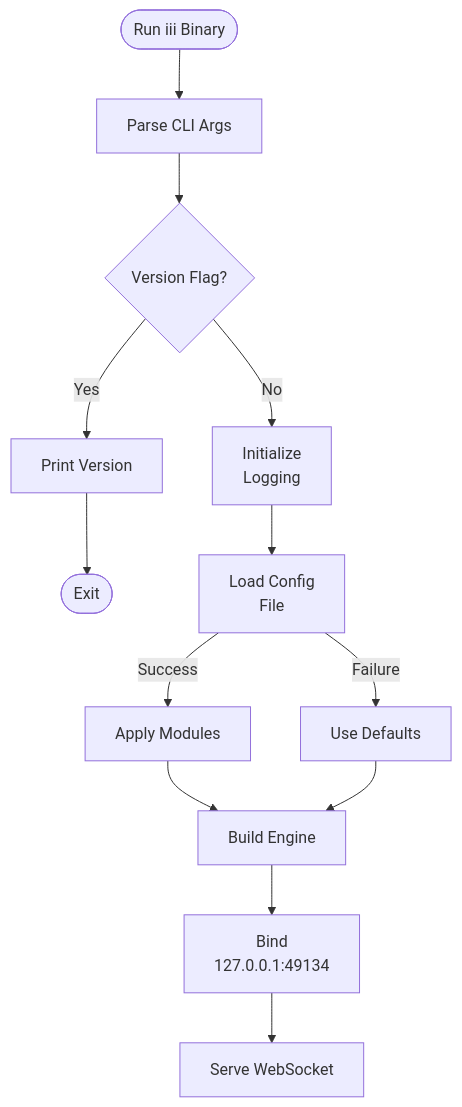
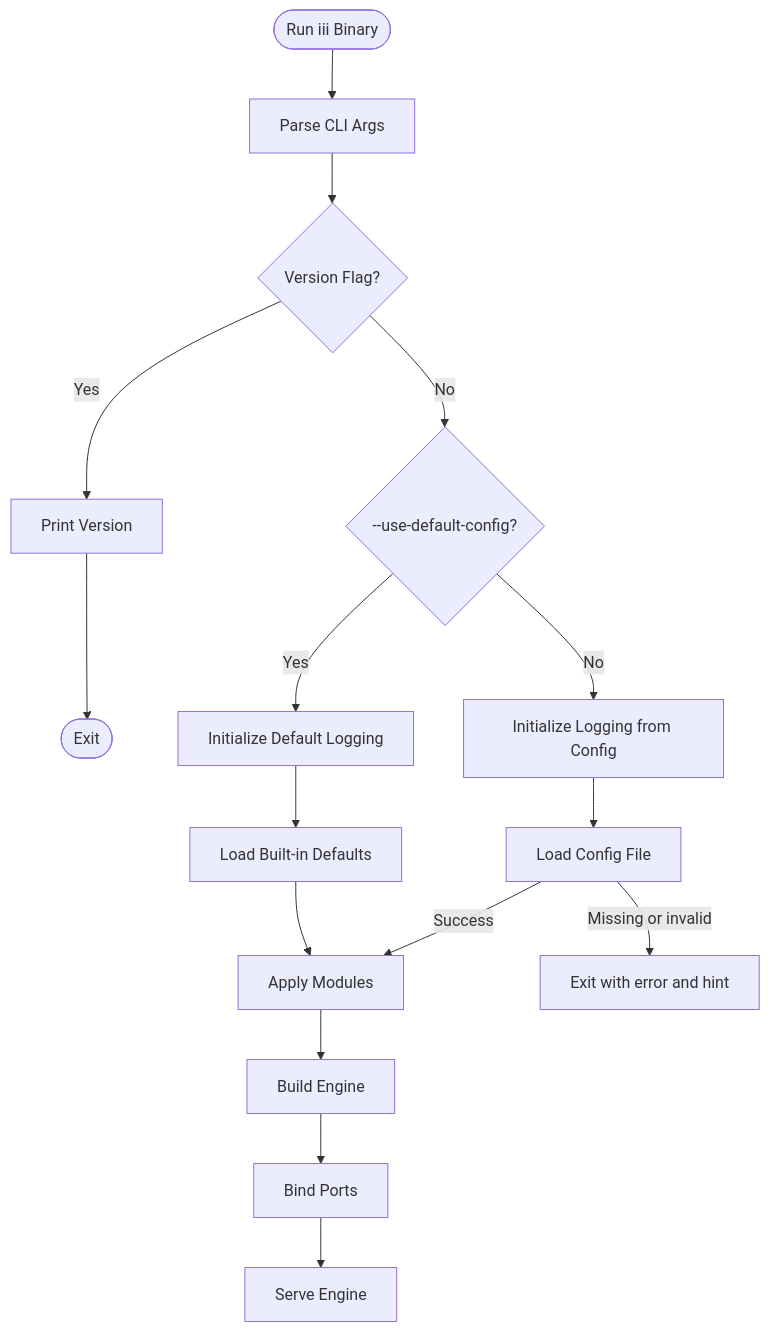
The first of 2 diagrams in docs/content/advanced/deployment.mdx (MotiaDev/motia), drawn with Mermaid before and after one commit. The commit also changed other lines of this file and 2 other files, not shown here.

````diff
--- a/docs/content/advanced/deployment.mdx
+++ b/docs/content/advanced/deployment.mdx
@@ -274,17 +274,19 @@
 ```mermaid
 graph TD
     Start([Run iii Binary]) --> Args[Parse CLI Args]
     Args --> CheckVer{Version Flag?}
     CheckVer -->|Yes| PrintVer[Print Version] --> Exit([Exit])
-    CheckVer -->|No| InitLog[Initialize<br/>Logging]
+    CheckVer -->|No| Mode{--use-default-config?}
 
-    InitLog --> LoadConfig[Load Config<br/>File]
+    Mode -->|Yes| InitDefaultLog[Initialize Default Logging]
+    InitDefaultLog --> LoadDefaults[Load Built-in Defaults]
+    Mode -->|No| InitConfigLog[Initialize Logging from Config]
+    InitConfigLog --> LoadConfig[Load Config File]
     LoadConfig -->|Success| ApplyConfig[Apply Modules]
-    LoadConfig -->|Failure| Fallback[Use Defaults]
+    LoadConfig -->|Missing or invalid| ExitErr[Exit with error and hint]
 
+    LoadDefaults --> ApplyConfig
     ApplyConfig --> BuildEngine[Build Engine]
-    Fallback --> BuildEngine
-
-    BuildEngine --> Bind[Bind<br/>127.0.0.1:49134]
-    Bind --> Serve[Serve WebSocket]
+    BuildEngine --> Bind[Bind Ports]
+    Bind --> Serve[Serve Engine]
 ```
````
